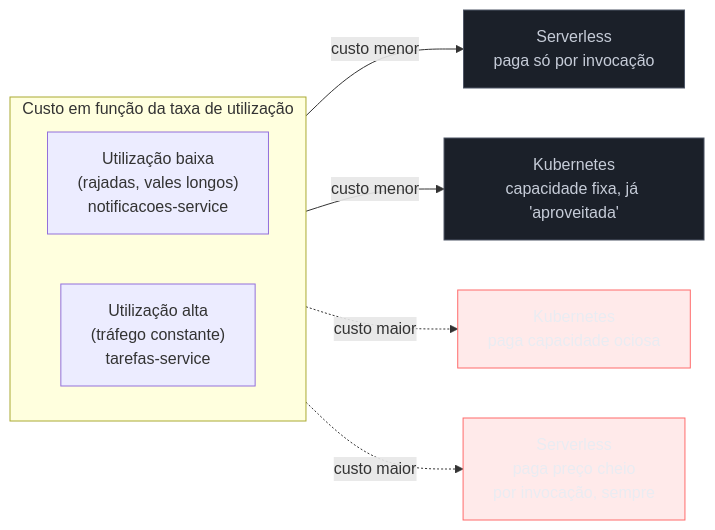
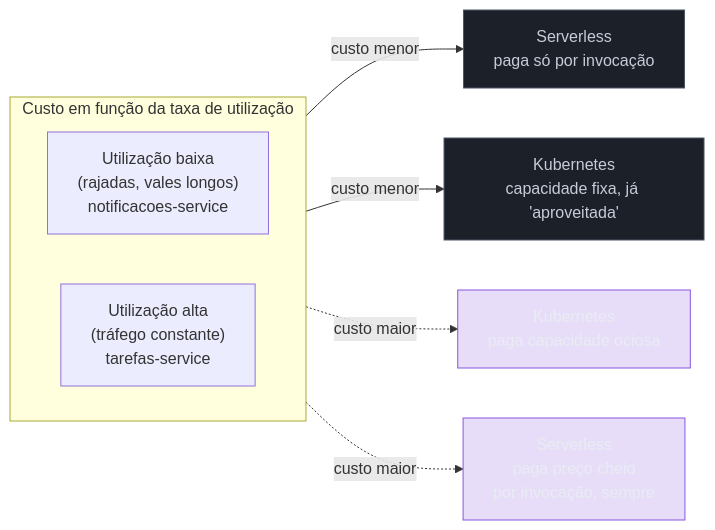
The first of 3 diagrams in 03-Dominios/Tecnologia/Python/Cloud-native e produção/07 - Containers vs serverless — trade-offs honestos.md (josenaldo/codex-technomanticus), drawn with Mermaid before and after one commit. The commit also changed 601 other files, not shown here.

````diff
--- a/03-Dominios/Tecnologia/Python/Cloud-native e produção/07 - Containers vs serverless — trade-offs honestos.md
+++ b/03-Dominios/Tecnologia/Python/Cloud-native e produção/07 - Containers vs serverless — trade-offs honestos.md
@@ -51,21 +51,21 @@
 ```mermaid
 flowchart LR
+    classDef marca fill:#8855DF33,stroke:#8855DF,color:#E9ECF2
     classDef neutro fill:#1B2029,stroke:#4E5666,color:#C6CCD8
-    classDef falha fill:#FF6B6B24,stroke:#FF6B6B,color:#E9ECF2
     subgraph EIXO["Custo em função da taxa de utilização"]
         direction LR
         BAIXA["Utilização baixa<br/>(rajadas, vales longos)<br/>notificacoes-service"]
         ALTA["Utilização alta<br/>(tráfego constante)<br/>tarefas-service"]
     end
 
     BAIXA -->|"custo menor"| LAMBDA["Serverless<br/>paga só por invocação"]
     ALTA -->|"custo menor"| K8S["Kubernetes<br/>capacidade fixa, já 'aproveitada'"]
 
     BAIXA -.->|"custo maior"| K8S2["Kubernetes<br/>paga capacidade ociosa"]
     ALTA -.->|"custo maior"| LAMBDA2["Serverless<br/>paga preço cheio<br/>por invocação, sempre"]
 
     class LAMBDA neutro
     class K8S neutro
-    class K8S2 falha
-    class LAMBDA2 falha
+    class K8S2 marca
+    class LAMBDA2 marca
 ```
````
